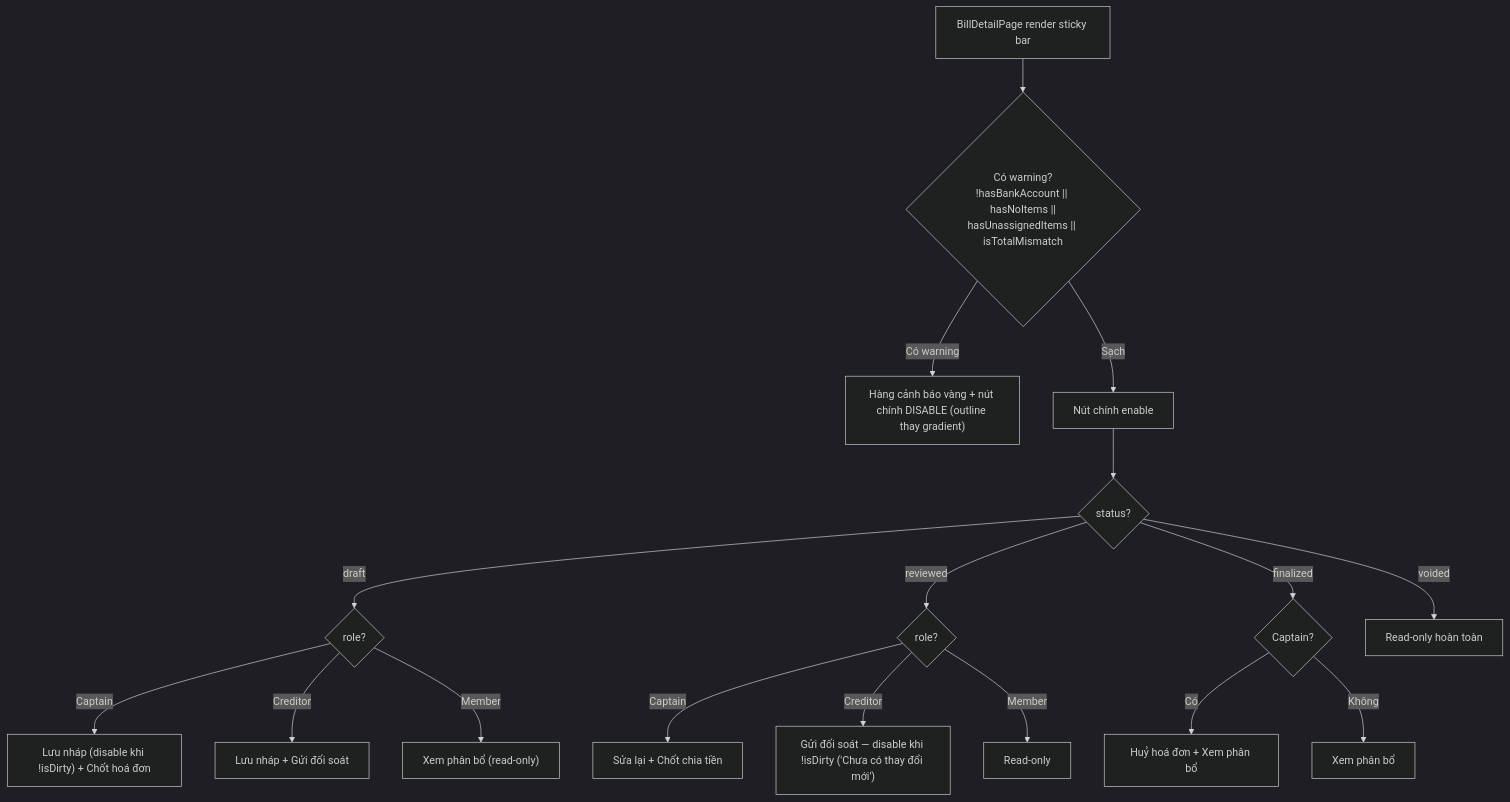
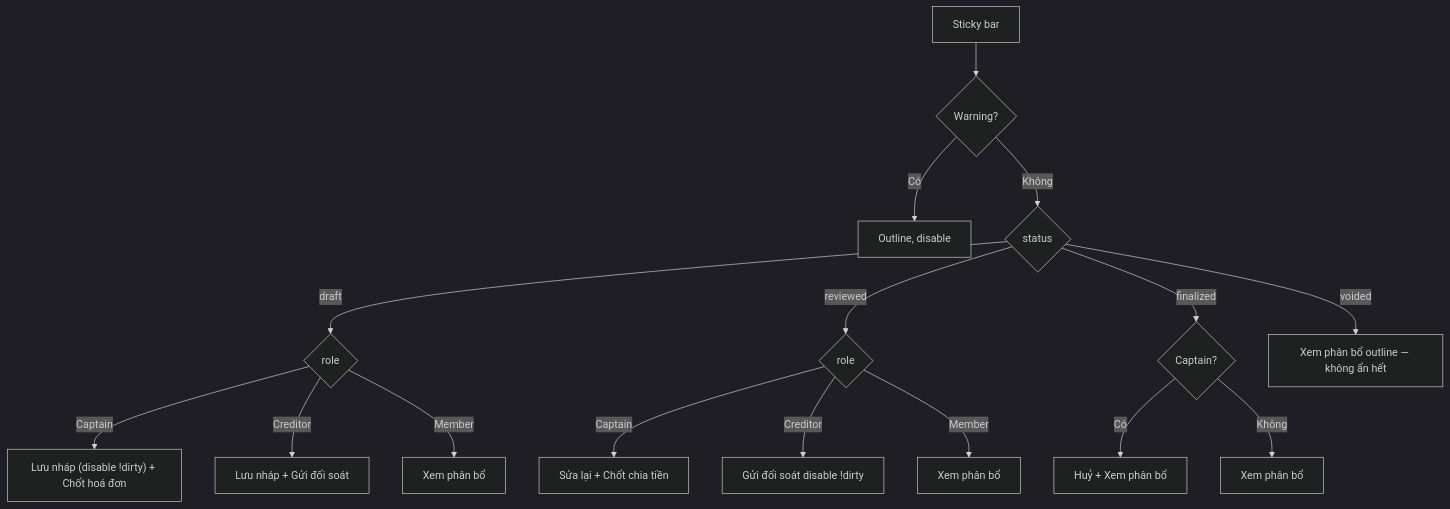
Before and after one commit to FintechVSF-Tranning/PaySplit-RP: the ninth of 9 diagrams in flow/03-bill.md, drawn with Mermaid (dark theme). The commit also changed other lines of this file and 8 other files, not shown here.

````diff
--- a/flow/03-bill.md
+++ b/flow/03-bill.md
@@ -324,20 +367,18 @@
 ```mermaid
 flowchart TD
-    A["BillDetailPage render sticky bar"] --> B{"Có warning?<br/>!hasBankAccount || hasNoItems ||<br/>hasUnassignedItems || isTotalMismatch"}
-    B -->|"Có warning"| C["Hàng cảnh báo vàng + nút chính DISABLE (outline thay gradient)"]
-    B -->|"Sạch"| D["Nút chính enable"]
-
-    D --> E{"status?"}
-    E -->|"draft"| F{"role?"}
-    F -->|"Captain"| F1["Lưu nháp (disable khi !isDirty) + Chốt hoá đơn"]
-    F -->|"Creditor"| F2["Lưu nháp + Gửi đối soát"]
-    F -->|"Member"| F3["Xem phân bổ (read-only)"]
-    E -->|"reviewed"| G{"role?"}
-    G -->|"Captain"| G1["Sửa lại + Chốt chia tiền"]
-    G -->|"Creditor"| G2["Gửi đối soát — disable khi !isDirty ('Chưa có thay đổi mới')"]
-    G -->|"Member"| G3["Read-only"]
-    E -->|"finalized"| H{"Captain?"}
-    H -->|"Có"| H1["Huỷ hoá đơn + Xem phân bổ"]
-    H -->|"Không"| H2["Xem phân bổ"]
-    E -->|"voided"| I["Read-only hoàn toàn"]
+    A["Sticky bar"] --> B{"Warning?"}
+    B -->|"Có"| C["Outline, disable"]
+    B -->|"Không"| D{"status"}
+    D -->|"draft"| E{"role"}
+    E -->|"Captain"| E1["Lưu nháp (disable !dirty) + Chốt hoá đơn"]
+    E -->|"Creditor"| E2["Lưu nháp + Gửi đối soát"]
+    E -->|"Member"| E3["Xem phân bổ"]
+    D -->|"reviewed"| F{"role"}
+    F -->|"Captain"| F1["Sửa lại + Chốt chia tiền"]
+    F -->|"Creditor"| F2["Gửi đối soát disable !dirty"]
+    F -->|"Member"| F3["Xem phân bổ"]
+    D -->|"finalized"| G{"Captain?"}
+    G -->|"Có"| G1["Huỷ + Xem phân bổ"]
+    G -->|"Không"| G2["Xem phân bổ"]
+    D -->|"voided"| H["Xem phân bổ outline — không ẩn hết"]
 ```
````
